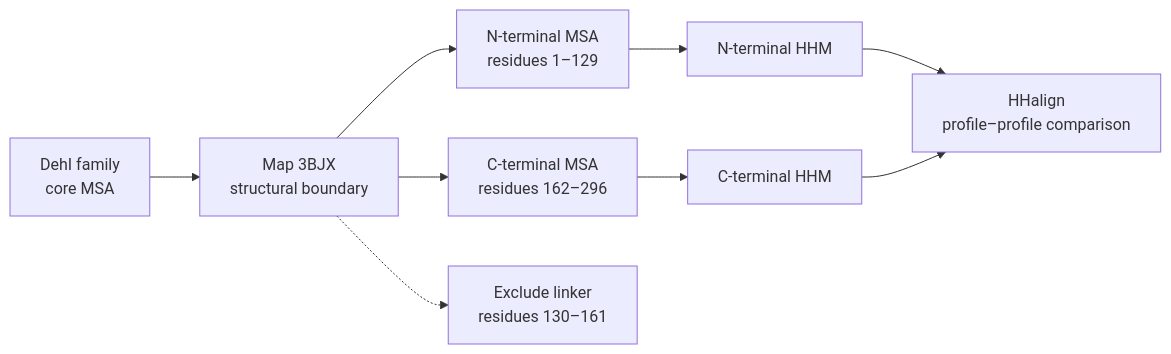
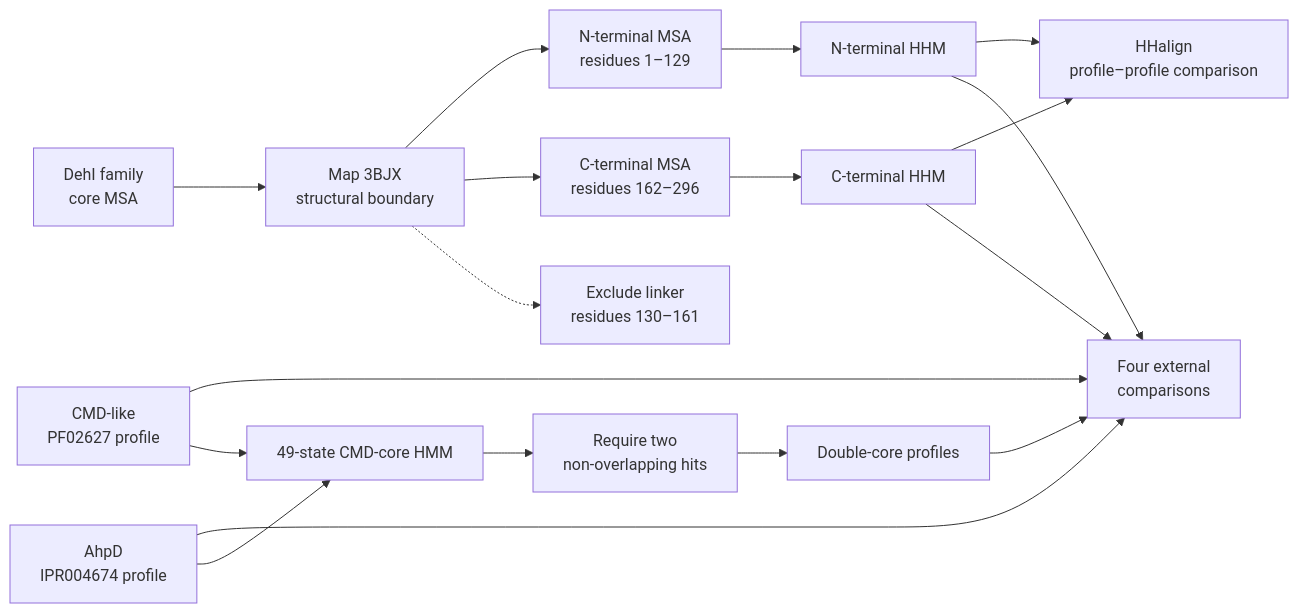
Before and after one commit to jwschmidberger/small_projects: the diagram in projects/dehi/report.qmd, drawn with Mermaid. The commit also changed other lines of this file and 58 other files, not shown here.

````diff
--- a/projects/dehi/report.qmd
+++ b/projects/dehi/report.qmd
@@ -81,11 +152,20 @@
 ```{mermaid}
 flowchart LR
     A[DehI family<br>core MSA] --> B[Map 3BJX<br>structural boundary]
     B --> C[N-terminal MSA<br>residues 1–129]
     B --> D[C-terminal MSA<br>residues 162–296]
     B -.-> E[Exclude linker<br>residues 130–161]
     C --> F[N-terminal HHM]
     D --> G[C-terminal HHM]
     F --> H[HHalign<br>profile–profile comparison]
     G --> H
+    I[CMD-like<br>PF02627 profile] --> J[Four external<br>comparisons]
+    K[AhpD<br>IPR004674 profile] --> J
+    F --> J
+    G --> J
+    I --> L[49-state CMD-core HMM]
+    K --> L
+    L --> M[Require two<br>non-overlapping hits]
+    M --> N[Double-core profiles]
+    N --> J
 ```
````
